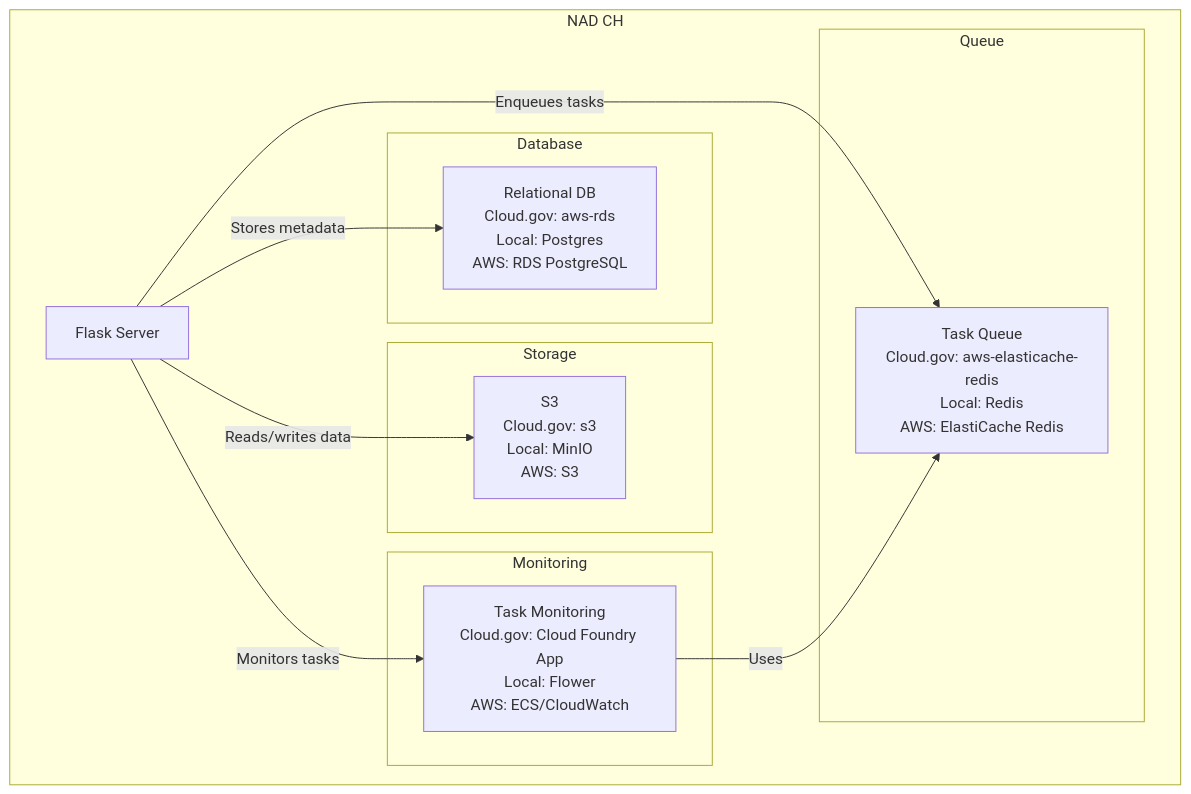
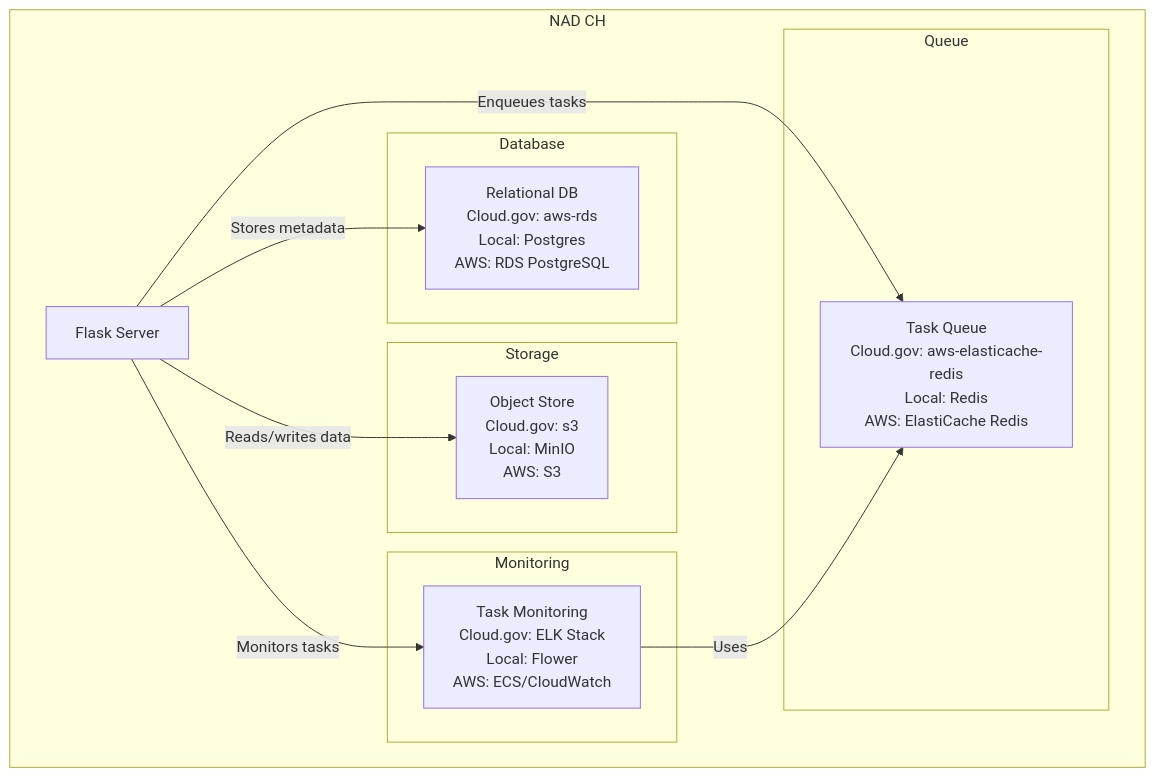
One commit to GSA-TTS/10x-nad-st changed the first of 2 diagrams in documentation/architecture/README.md. Above: the diagram before and after it, drawn with Mermaid.

Commit message:
formatting changes

````diff
--- a/documentation/architecture/README.md
+++ b/documentation/architecture/README.md
@@ -29,30 +29,30 @@
 ```mermaid
 graph TD
     subgraph NAD_CH [NAD CH]
         app[Flask Server]
 
         %% Infrastructure Dependencies
         subgraph Storage
-            s3[S3<br>Cloud.gov: s3<br>Local: MinIO<br>AWS: S3]
+            s3[Object Store<br>Cloud.gov: s3<br>Local: MinIO<br>AWS: S3]
         end
 
         subgraph Database
             postgres[Relational DB<br>Cloud.gov: aws-rds<br>Local: Postgres<br>AWS: RDS PostgreSQL]
         end
 
         subgraph Queue
             redis[Task Queue<br>Cloud.gov: aws-elasticache-redis<br>Local: Redis<br>AWS: ElastiCache Redis]
         end
 
         subgraph Monitoring
-            flower[Task Monitoring<br>Cloud.gov: Cloud Foundry App<br>Local: Flower<br>AWS: ECS/CloudWatch]
+            flower[Task Monitoring<br>Cloud.gov: ELK Stack <br>Local: Flower<br>AWS: ECS/CloudWatch]
         end
 
         %% Connections
         app -->|Stores metadata| postgres
         app -->|Enqueues tasks| redis
         app -->|Reads/writes data| s3
         app -->|Monitors tasks| flower
         flower -->|Uses| redis
     end
 ```    
````
